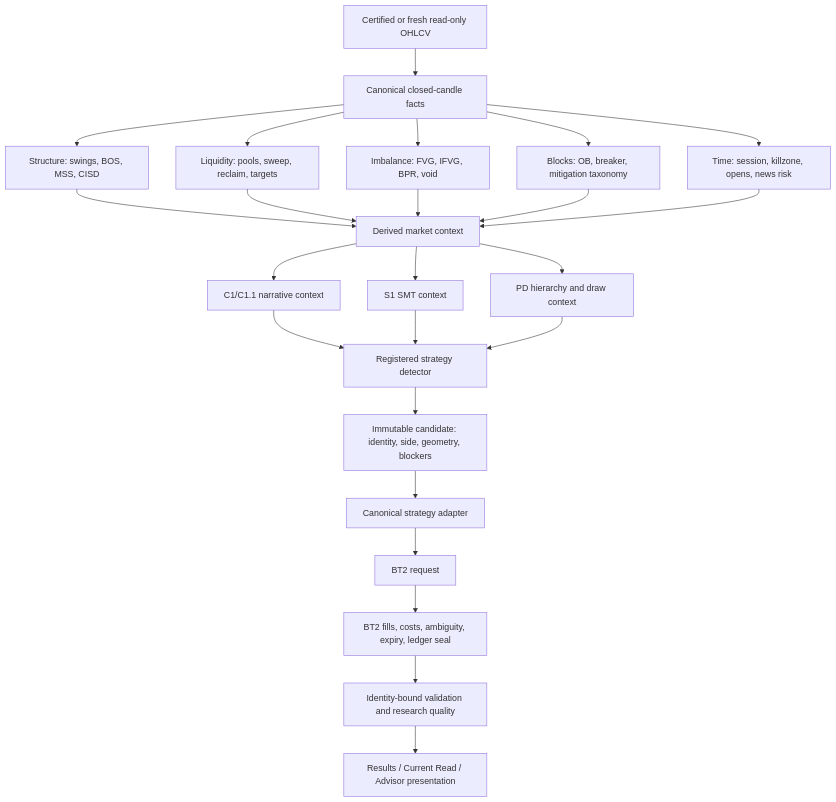
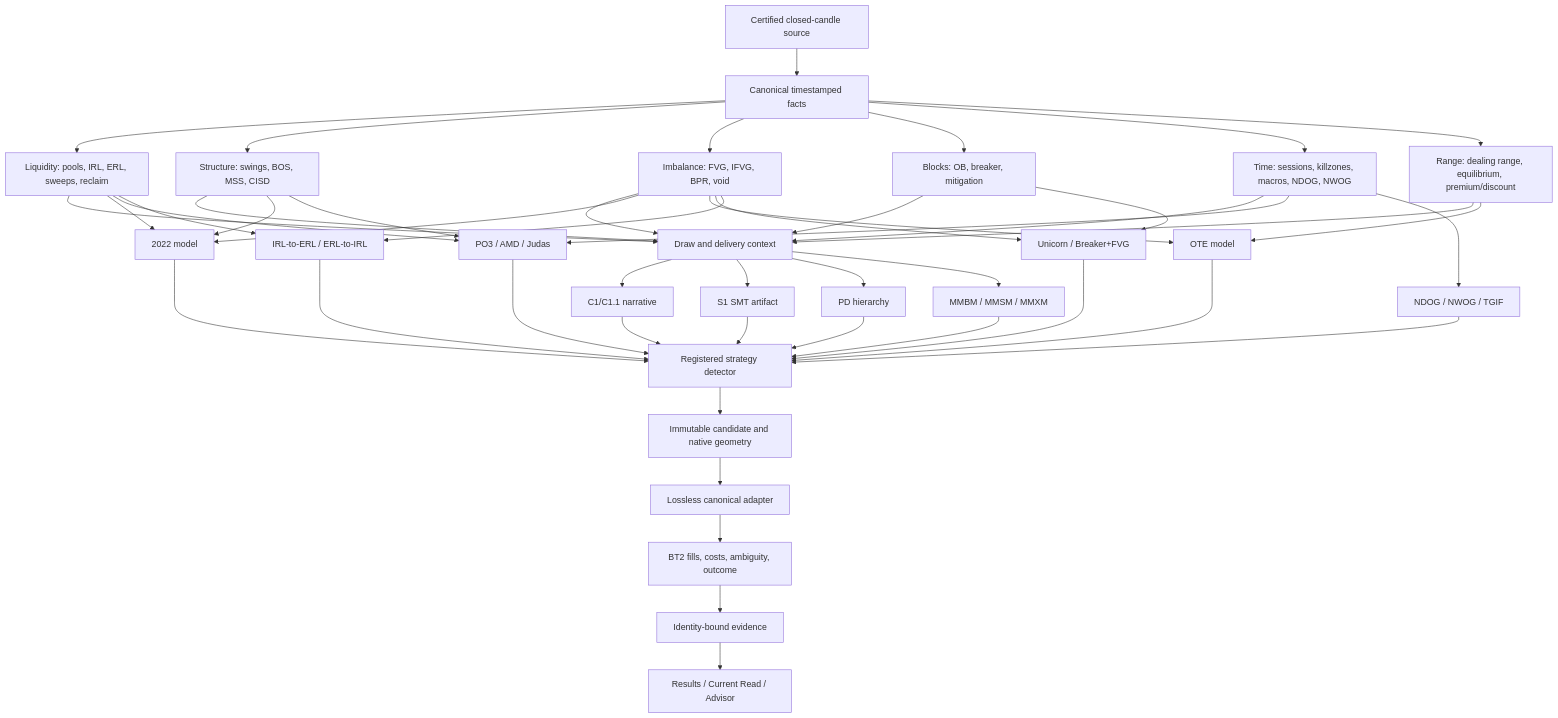
One commit to andreduval-png/gotrader-lab changed the diagram in docs/gotrader-ict/i0-canonical-dependency-graph.md. Above: the diagram before and after it, drawn with Mermaid. The commit also changed other lines of this file and 7 other files, not shown here.

````diff
--- a/docs/gotrader-ict/i0-canonical-dependency-graph.md
+++ b/docs/gotrader-ict/i0-canonical-dependency-graph.md
@@ -3,26 +3,48 @@
 ```mermaid
 flowchart TD
-  A["Certified or fresh read-only OHLCV"] --> B["Canonical closed-candle facts"]
-  B --> B1["Structure: swings, BOS, MSS, CISD"]
-  B --> B2["Liquidity: pools, sweep, reclaim, targets"]
-  B --> B3["Imbalance: FVG, IFVG, BPR, void"]
-  B --> B4["Blocks: OB, breaker, mitigation taxonomy"]
-  B --> B5["Time: session, killzone, opens, news risk"]
-  B1 --> C["Derived market context"]
-  B2 --> C
-  B3 --> C
-  B4 --> C
-  B5 --> C
-  C --> C1["C1/C1.1 narrative context"]
-  C --> C2["S1 SMT context"]
-  C --> C3["PD hierarchy and draw context"]
-  C1 --> D["Registered strategy detector"]
-  C2 --> D
-  C3 --> D
-  D --> E["Immutable candidate: identity, side, geometry, blockers"]
-  E --> F["Canonical strategy adapter"]
-  F --> G["BT2 request"]
-  G --> H["BT2 fills, costs, ambiguity, expiry, ledger seal"]
-  H --> I["Identity-bound validation and research quality"]
-  I --> J["Results / Current Read / Advisor presentation"]
+  A["Certified closed-candle source"] --> B["Canonical timestamped facts"]
+  B --> L["Liquidity: pools, IRL, ERL, sweeps, reclaim"]
+  B --> S["Structure: swings, BOS, MSS, CISD"]
+  B --> I["Imbalance: FVG, IFVG, BPR, void"]
+  B --> O["Blocks: OB, breaker, mitigation"]
+  B --> T["Time: sessions, killzones, macros, NDOG, NWOG"]
+  B --> R["Range: dealing range, equilibrium, premium/discount"]
+  L --> D["Draw and delivery context"]
+  S --> D
+  I --> D
+  O --> D
+  T --> D
+  R --> D
+  D --> C1["C1/C1.1 narrative"]
+  D --> S1["S1 SMT artifact"]
+  D --> P["PD hierarchy"]
+  L --> M2022["2022 model"]
+  I --> M2022
+  S --> M2022
+  R --> OTE["OTE model"]
+  I --> OTE
+  T --> PO3["PO3 / AMD / Judas"]
+  L --> PO3
+  S --> PO3
+  D --> MM["MMBM / MMSM / MMXM"]
+  I --> U["Unicorn / Breaker+FVG"]
+  O --> U
+  T --> G["NDOG / NWOG / TGIF"]
+  L --> X["IRL-to-ERL / ERL-to-IRL"]
+  I --> X
+  C1 --> Q["Registered strategy detector"]
+  S1 --> Q
+  P --> Q
+  M2022 --> Q
+  OTE --> Q
+  PO3 --> Q
+  MM --> Q
+  U --> Q
+  G --> Q
+  X --> Q
+  Q --> C["Immutable candidate and native geometry"]
+  C --> AD["Lossless canonical adapter"]
+  AD --> BT2["BT2 fills, costs, ambiguity, outcome"]
+  BT2 --> E["Identity-bound evidence"]
+  E --> UI["Results / Current Read / Advisor"]
 ```
````
